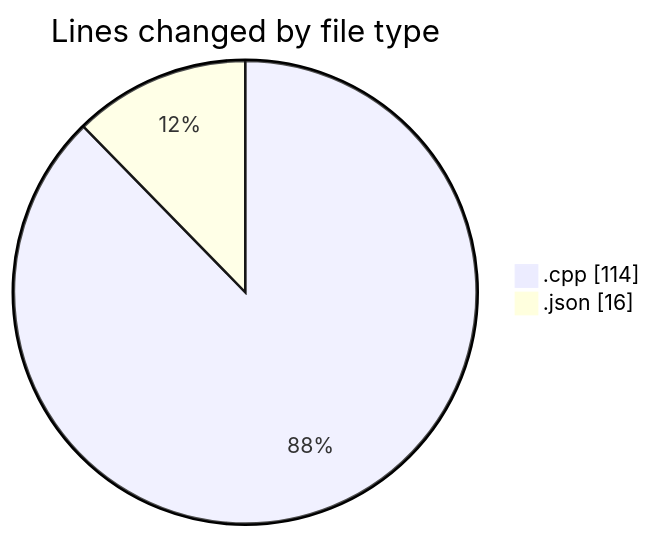
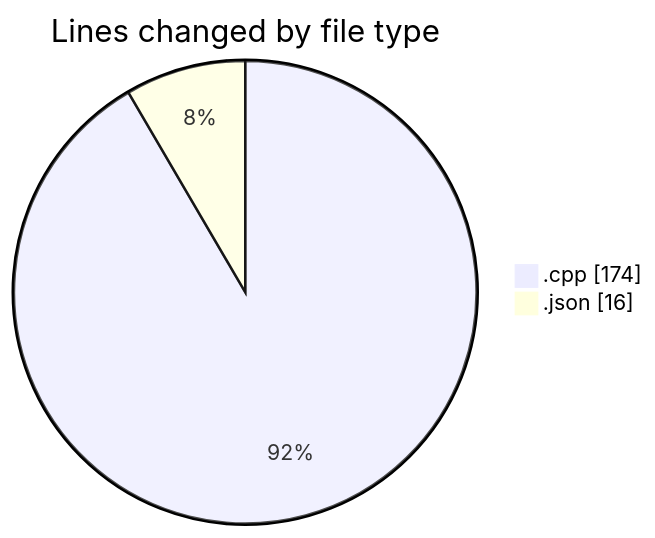
Before and after one commit to Netris89/code-tracking: the first of 2 diagrams in 2025-04-28/date/README.md, drawn with Mermaid. The commit also changed other lines of this file and 1 other file, not shown here.

````diff
--- a/2025-04-28/date/README.md
+++ b/2025-04-28/date/README.md
@@ -21,6 +21,6 @@
 ```mermaid
 pie showData
 title Lines changed by file type
-".cpp" : 114
+".cpp" : 174
 ".json" : 16
 ```
````
